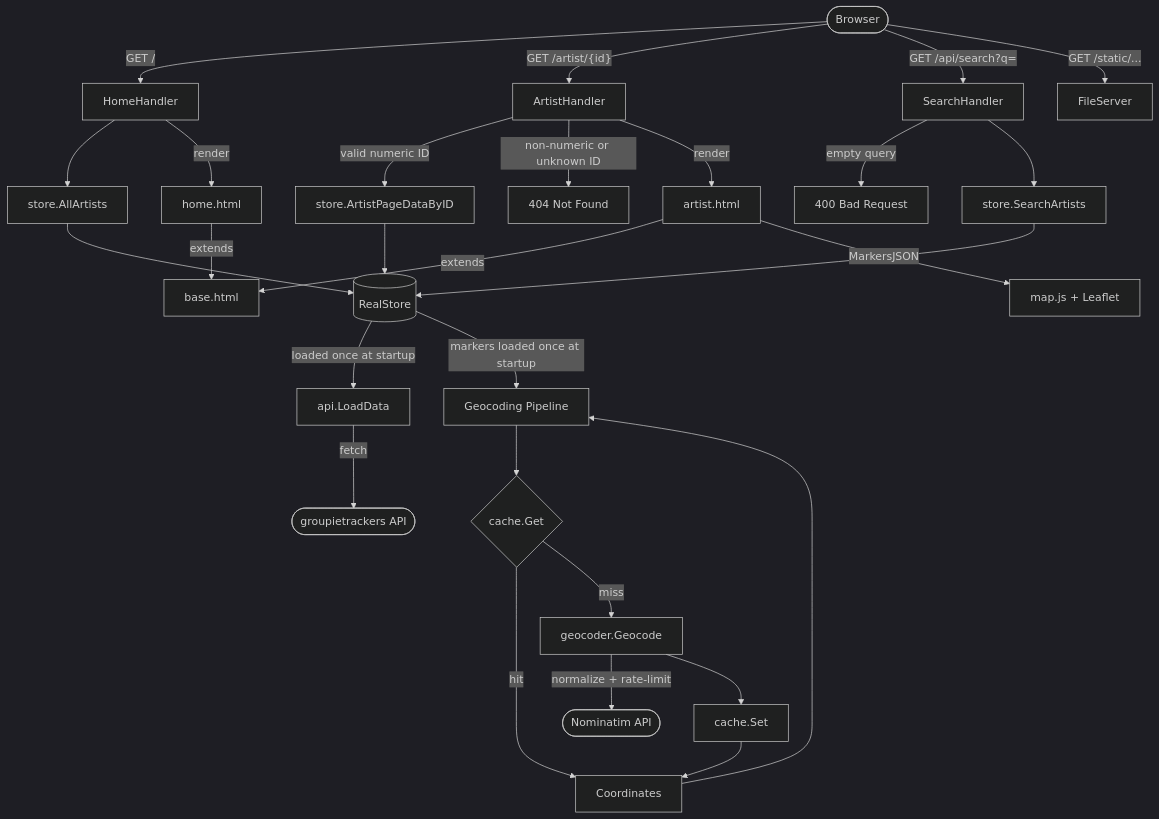
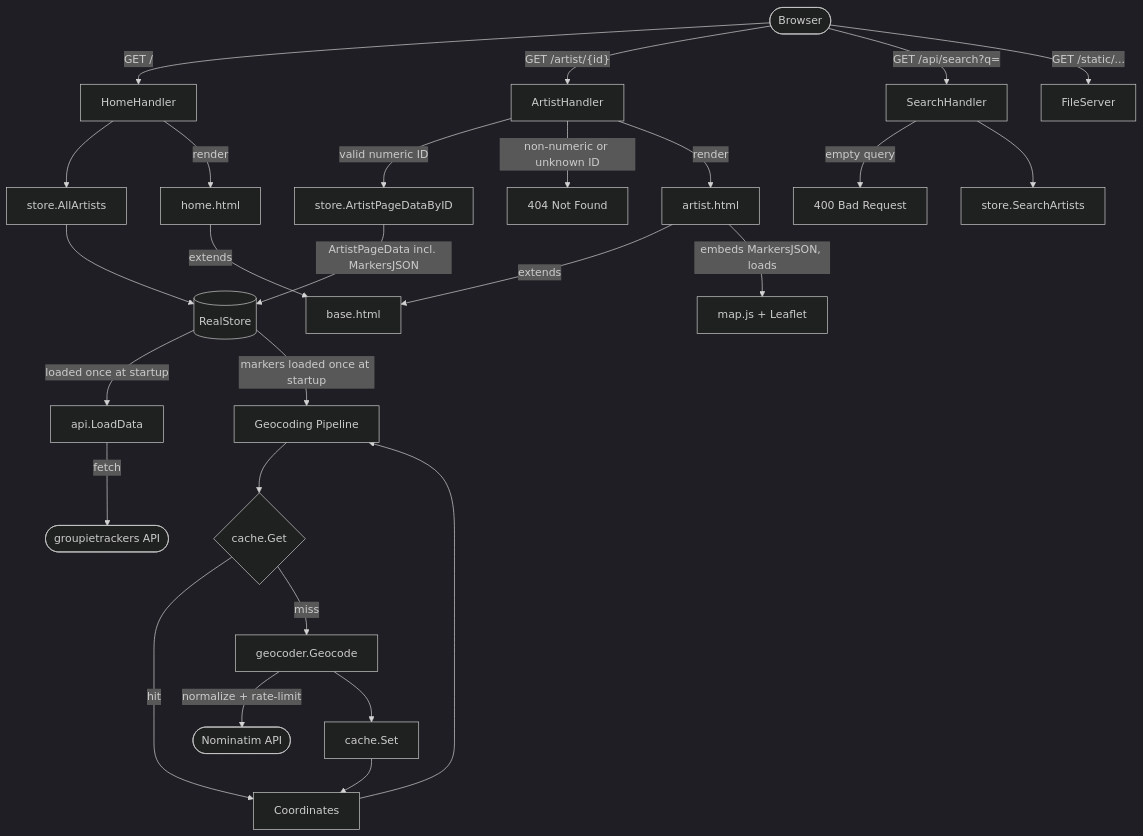
The first of 3 diagrams in DIAGRAMS.md (teovaira/groupie-tracker-filters), drawn with Mermaid (dark theme) before and after one commit.

Commit message:
docs(diagrams): fix MarkersJSON origin in application flow diagram

````diff
--- a/DIAGRAMS.md
+++ b/DIAGRAMS.md
@@ -5,37 +5,36 @@
 ```mermaid
 flowchart TD
     A([Browser]) -->|GET /| B[HomeHandler]
     A -->|"GET /artist/{id}"| C[ArtistHandler]
     A -->|"GET /api/search?q="| D[SearchHandler]
     A -->|"GET /static/..."| E[FileServer]
 
     B --> F[store.AllArtists]
     C -->|valid numeric ID| G[store.ArtistPageDataByID]
     C -->|non-numeric or unknown ID| Q[404 Not Found]
     D -->|empty query| P[400 Bad Request]
     D --> H[store.SearchArtists]
 
     F --> I[(RealStore)]
-    G --> I
-    H --> I
+    G -->|ArtistPageData incl. MarkersJSON| I
 
     I -->|loaded once at startup| J[api.LoadData]
     J -->|fetch| K([groupietrackers API])
 
     I -->|markers loaded once at startup| R[Geocoding Pipeline]
     R --> S{cache.Get}
     S -->|hit| T[Coordinates]
     S -->|miss| U[geocoder.Geocode]
     U -->|normalize + rate-limit| V([Nominatim API])
     U --> W[cache.Set]
     W --> T
     T --> R
 
     B -->|render| L[home.html]
     C -->|render| M[artist.html]
 
     L -->|extends| N[base.html]
     M -->|extends| N
 
-    M -->|MarkersJSON| X[map.js + Leaflet]
+    M -->|embeds MarkersJSON, loads| X[map.js + Leaflet]
 ```
````
